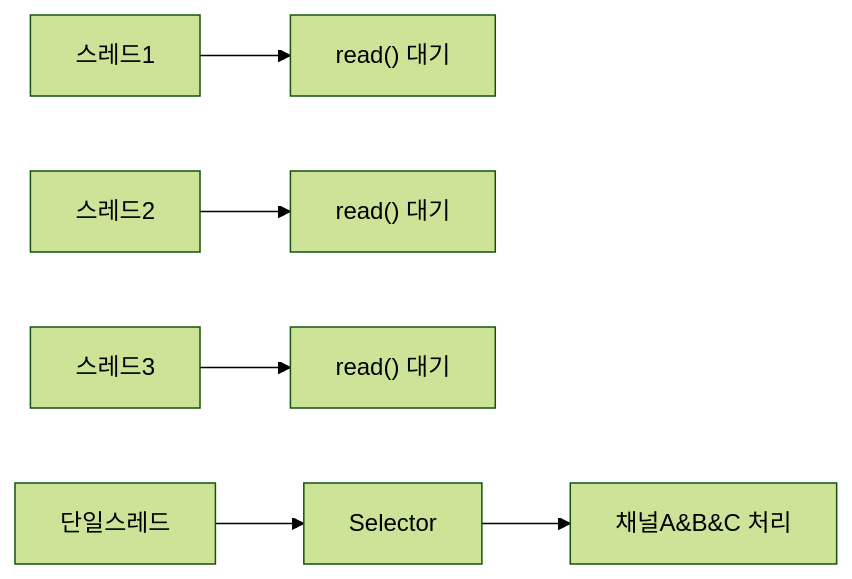
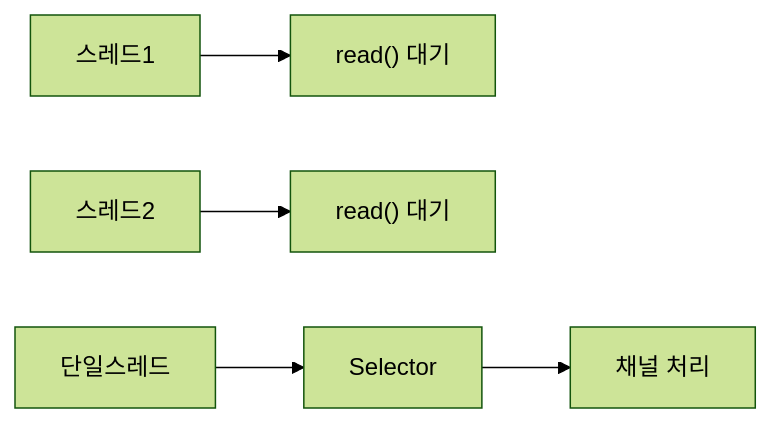
Before and after one commit to yjkim2015/yjkim2015.github.io: the fourth of 5 diagrams in _posts/java/2026-05-01-java-network.md, drawn with Mermaid (forest theme). The commit also changed other lines of this file and 163 other files, not shown here.

First line of the commit message:
Mermaid 300개 블록 내용 축소: 5노드 5엣지 이하, 의미 있는 약어

````diff
--- a/_posts/java/2026-05-01-java-network.md
+++ b/_posts/java/2026-05-01-java-network.md
@@ -521,8 +518,6 @@
 ```mermaid
 graph LR
-    A["스레드1"] --> A1["read() 대기"]
-    B["스레드2"] --> B1["read() 대기"]
-    C["스레드3"] --> C1["read() 대기"]
-    D["단일스레드"] --> E["Selector"]
-    E --> F["채널A&B&C 처리"]
+    T1["스레드1"] --> W1["read() 대기"]
+    T2["스레드2"] --> W2["read() 대기"]
+    D["단일스레드"] --> E["Selector"] --> F["채널 처리"]
 ```
````
